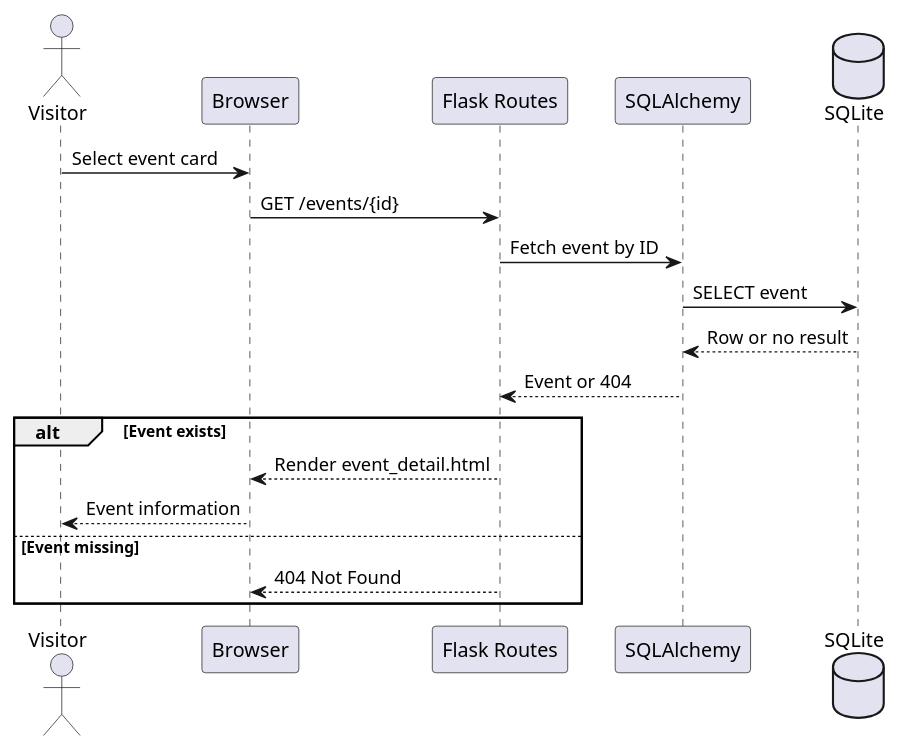
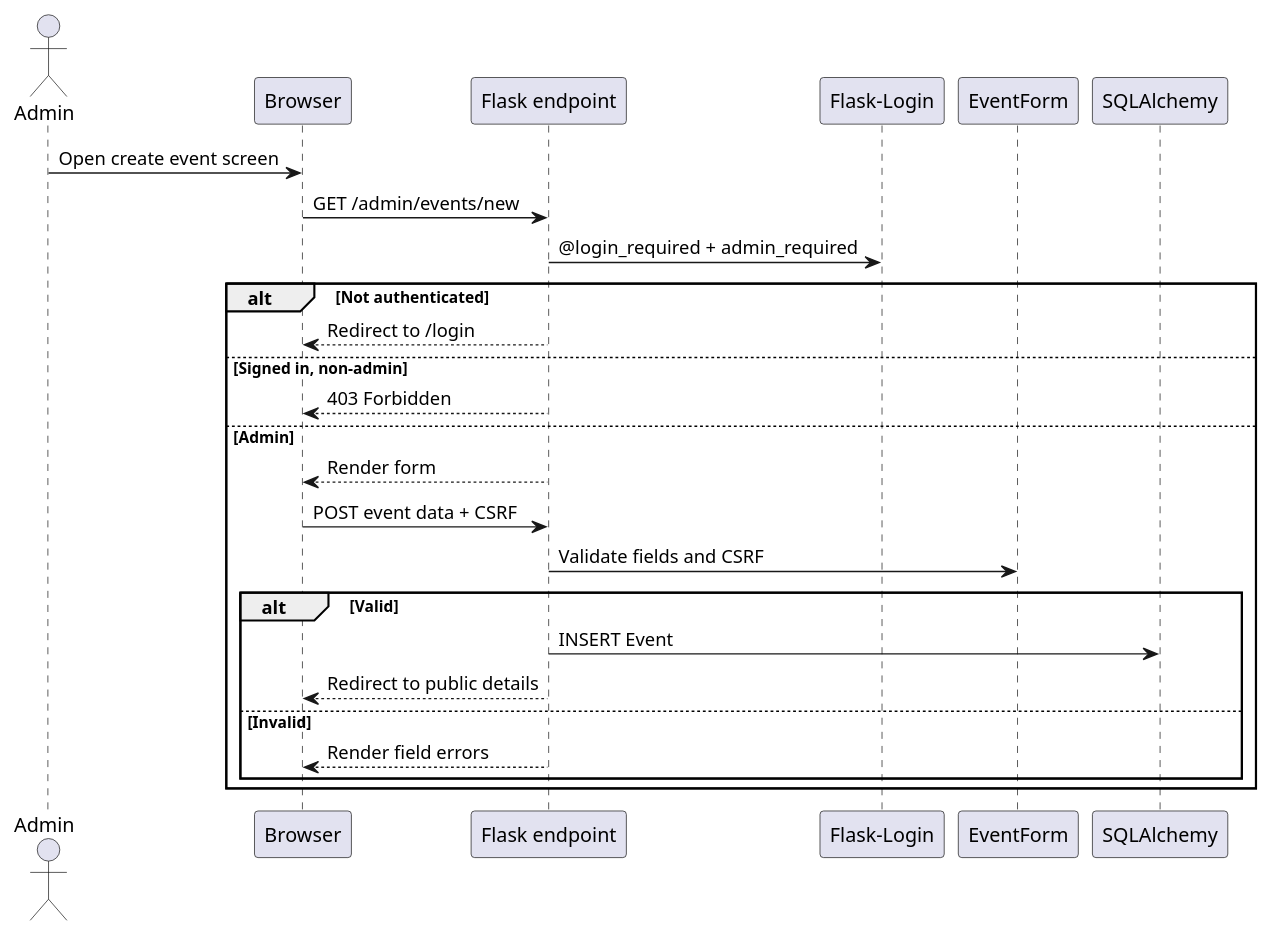
The fifth of 5 diagrams in docs/uml.md (ItsMONIKAAKTER/CSTBS), drawn with PlantUML before and after one commit. The commit also changed other lines of this file and 28 other files, not shown here.

````diff
--- a/docs/uml.md
+++ b/docs/uml.md
@@ -95,21 +137,28 @@
 ```plantuml
 @startuml
-actor Visitor
-participant "Browser" as Browser
-participant "Flask Routes" as Routes
+actor Admin
+participant Browser
+participant "Flask endpoint" as Route
+participant "Flask-Login" as Auth
+participant "EventForm" as Form
 participant "SQLAlchemy" as ORM
-database "SQLite" as DB
-Visitor -> Browser : Select event card
-Browser -> Routes : GET /events/{id}
-Routes -> ORM : Fetch event by ID
-ORM -> DB : SELECT event
-DB --> ORM : Row or no result
-ORM --> Routes : Event or 404
-alt Event exists
-  Routes --> Browser : Render event_detail.html
-  Browser --> Visitor : Event information
-else Event missing
-  Routes --> Browser : 404 Not Found
+Admin -> Browser : Open create event screen
+Browser -> Route : GET /admin/events/new
+Route -> Auth : @login_required + admin_required
+alt Not authenticated
+  Route --> Browser : Redirect to /login
+else Signed in, non-admin
+  Route --> Browser : 403 Forbidden
+else Admin
+  Route --> Browser : Render form
+  Browser -> Route : POST event data + CSRF
+  Route -> Form : Validate fields and CSRF
+  alt Valid
+    Route -> ORM : INSERT Event
+    Route --> Browser : Redirect to public details
+  else Invalid
+    Route --> Browser : Render field errors
+  end
 end
 @enduml
 ```
````
